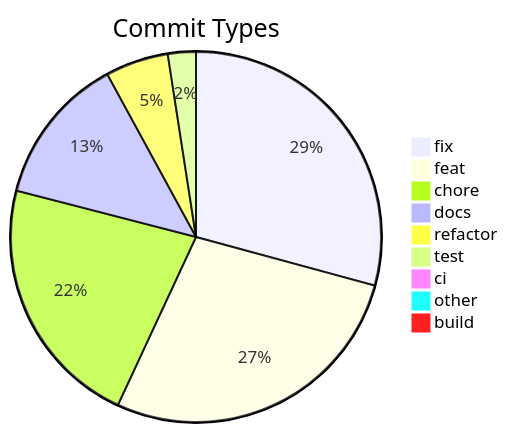
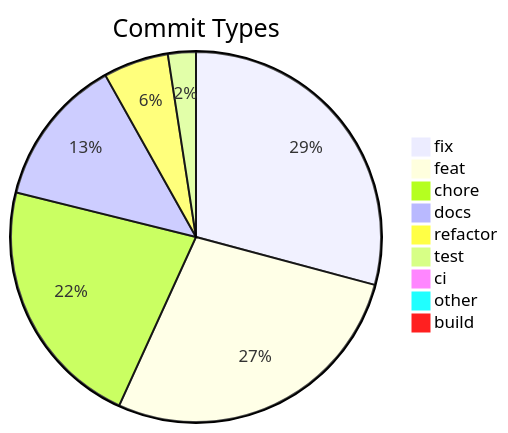
One commit to svenroth-ai/shipwright changed the diagram in .shipwright/compliance/change-history.md. Above: the diagram before and after it, drawn with Mermaid. The commit also changed other lines of this file and 12 other files, not shown here.

````diff
--- a/.shipwright/compliance/change-history.md
+++ b/.shipwright/compliance/change-history.md
@@ -8,12 +8,12 @@
 ```mermaid
 pie title Commit Types
     "fix" : 287
     "feat" : 272
     "chore" : 217
     "docs" : 128
-    "refactor" : 54
+    "refactor" : 56
     "test" : 24
     "ci" : 7
     "other" : 7
     "build" : 1
 ```
````
